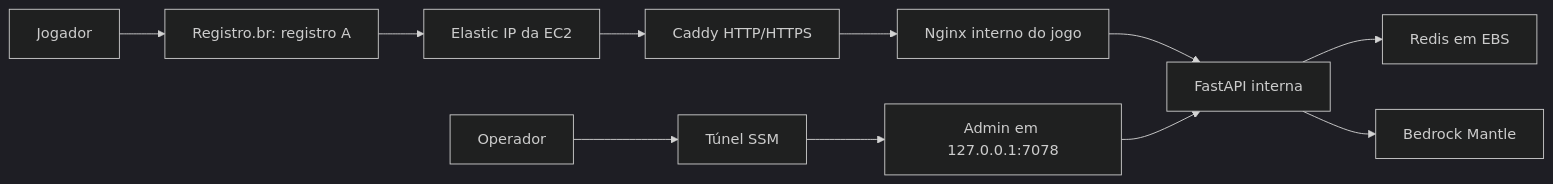
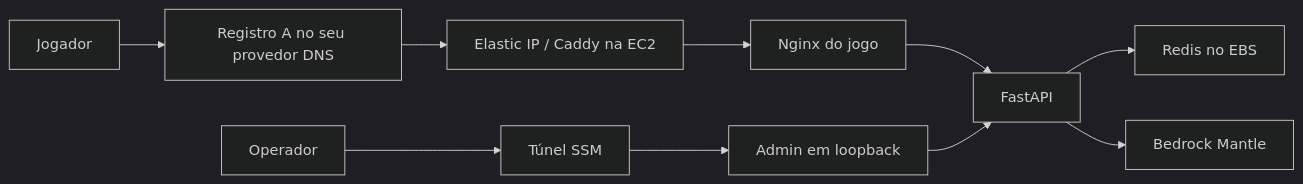
The diagram in docs/solucao_aws.md (Gusreis7/MemoriasLicantropicasGame), drawn with Mermaid (dark theme) before and after one commit. The commit also changed other lines of this file and 48 other files, not shown here.

````diff
--- a/docs/solucao_aws.md
+++ b/docs/solucao_aws.md
@@ -5,13 +11,12 @@
 ```mermaid
 flowchart LR
-    Jogador --> DNS[Registro.br: registro A]
-    DNS --> EIP[Elastic IP da EC2]
-    EIP --> Caddy[Caddy HTTP/HTTPS]
-    Caddy --> Web[Nginx interno do jogo]
-    Web --> API[FastAPI interna]
-    API --> Redis[Redis em EBS]
+    Jogador --> DNS[Registro A no seu provedor DNS]
+    DNS --> Caddy[Elastic IP / Caddy na EC2]
+    Caddy --> Web[Nginx do jogo]
+    Web --> API[FastAPI]
+    API --> Redis[Redis no EBS]
     API --> Mantle[Bedrock Mantle]
     Operador --> SSM[Túnel SSM]
-    SSM --> Admin[Admin em 127.0.0.1:7078]
+    SSM --> Admin[Admin em loopback]
     Admin --> API
 ```
````
